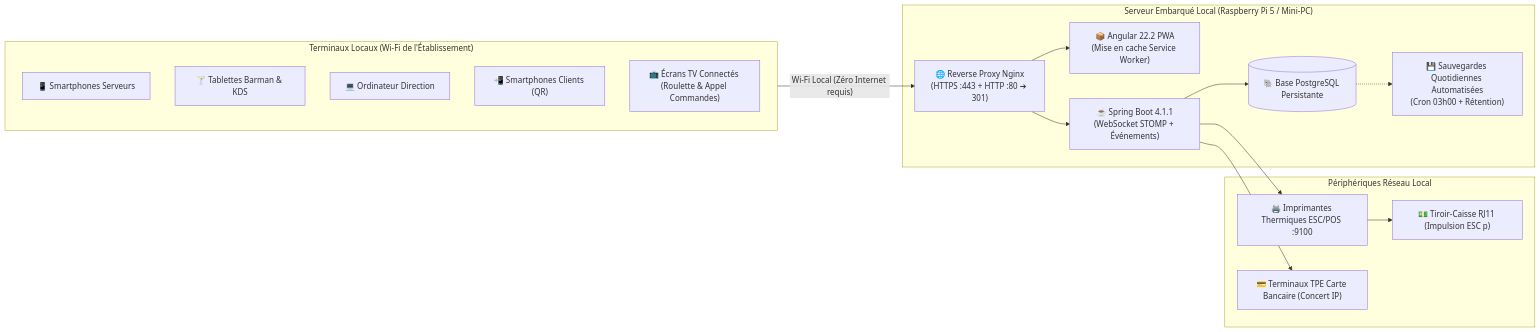
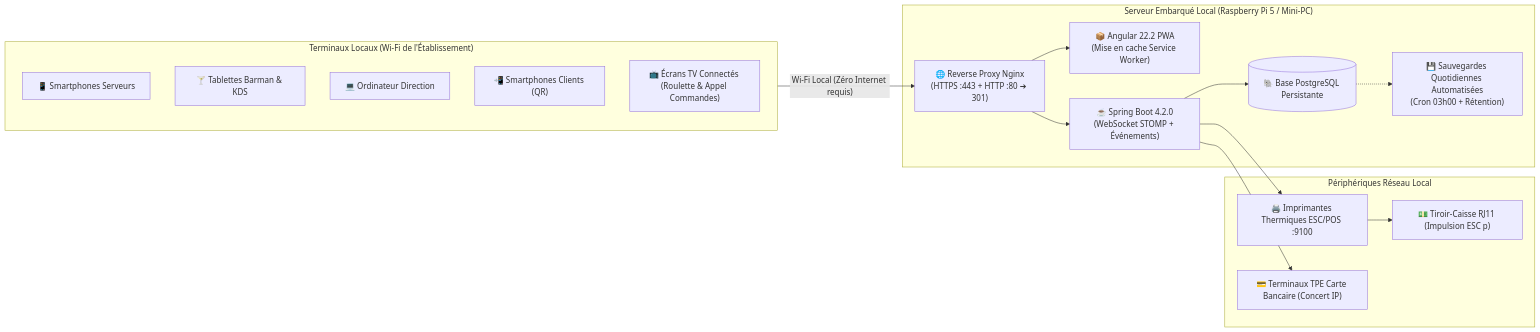
One commit to FunWarry/Open-Bar changed the fifth of 5 diagrams in README.md. Above: the diagram before and after it, drawn with Mermaid. The commit also changed other lines of this file and 5 other files, not shown here.

Commit message:
docs: update Spring Boot version references to 4.2.0

````diff
--- a/README.md
+++ b/README.md
@@ -316,33 +316,33 @@
 ```mermaid
 flowchart LR
     subgraph Clients ["Terminaux Locaux (Wi-Fi de l'Établissement)"]
         T1["📱 Smartphones Serveurs"]
         T2["🍸 Tablettes Barman & KDS"]
         T3["💻 Ordinateur Direction"]
         T4["📲 Smartphones Clients (QR)"]
         T5["📺 Écrans TV Connectés (Roulette & Appel Commandes)"]
     end
 
     subgraph ServeurLocal ["Serveur Embarqué Local (Raspberry Pi 5 / Mini-PC)"]
         Nginx["🌐 Reverse Proxy Nginx\n(HTTPS :443 + HTTP :80 ➔ 301)"]
         PWA["📦 Angular 22.2 PWA\n(Mise en cache Service Worker)"]
-        Backend["☕ Spring Boot 4.1.1\n(WebSocket STOMP + Événements)"]
+        Backend["☕ Spring Boot 4.2.0\n(WebSocket STOMP + Événements)"]
         Postgres[("🐘 Base PostgreSQL Persistante")]
         Backup["💾 Sauvegardes Quotidiennes Automatisées\n(Cron 03h00 + Rétention)"]
     end
 
     subgraph Peripheriques ["Périphériques Réseau Local"]
         Printers["🖨️ Imprimantes Thermiques ESC/POS :9100"]
         TPE["💳 Terminaux TPE Carte Bancaire (Concert IP)"]
         Drawer["💵 Tiroir-Caisse RJ11 (Impulsion ESC p)"]
     end
 
     Clients -->|"Wi-Fi Local (Zéro Internet requis)"| Nginx
     Nginx --> PWA
     Nginx --> Backend
     Backend --> Postgres
     Backend --> Printers
     Backend --> TPE
     Printers --> Drawer
     Postgres -.-> Backup
 ```
````
